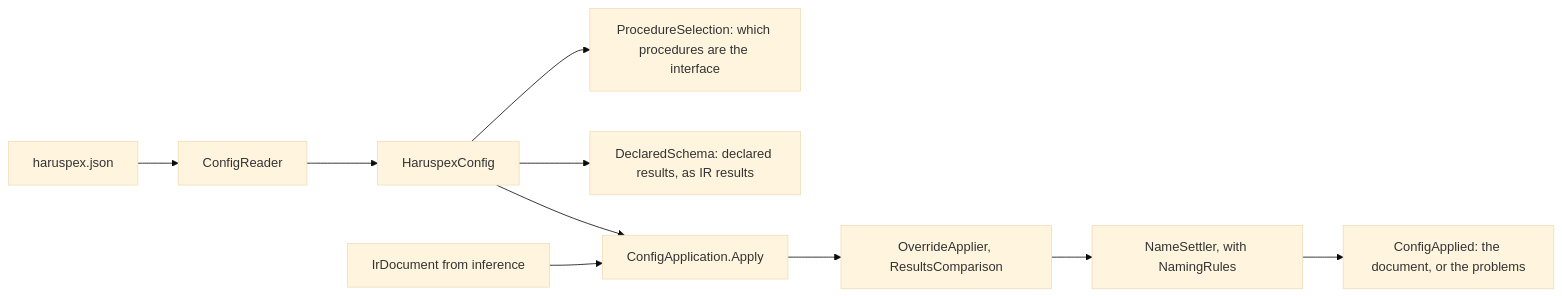
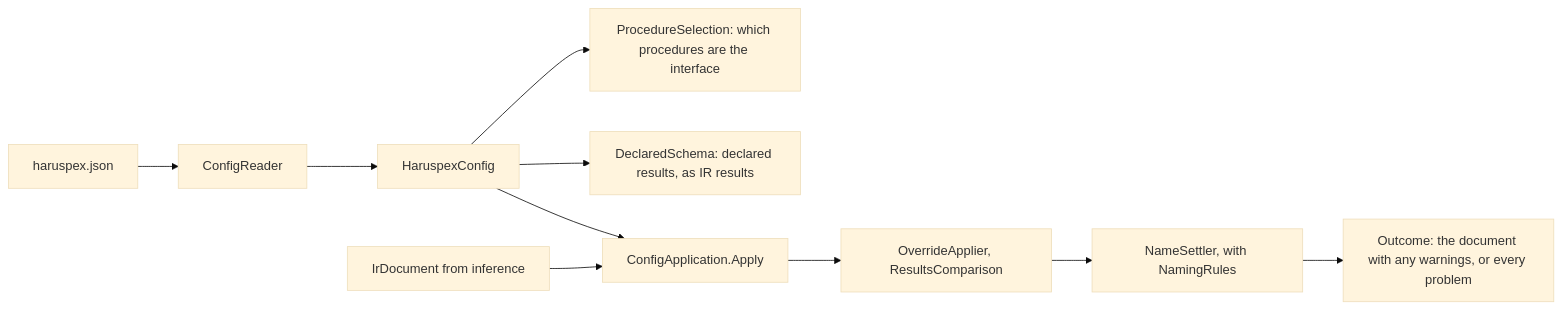
Before and after one commit to haruspex-tools/haruspex: the diagram in src/Haruspex.Config/README.md, drawn with Mermaid (base theme). The commit also changed other lines of this file and 21 other files, not shown here.

````diff
--- a/src/Haruspex.Config/README.md
+++ b/src/Haruspex.Config/README.md
@@ -12,12 +12,12 @@
 ```mermaid
 flowchart LR
     file["haruspex.json"] --> reader["ConfigReader"]
     reader --> config["HaruspexConfig"]
     config --> selection["ProcedureSelection: which procedures are the interface"]
     config --> declared["DeclaredSchema: declared results, as IR results"]
     inferred["IrDocument from inference"] --> apply["ConfigApplication.Apply"]
     config --> apply
     apply --> overrides["OverrideApplier, ResultsComparison"]
     overrides --> names["NameSettler, with NamingRules"]
-    names --> applied["ConfigApplied: the document, or the problems"]
+    names --> applied["Outcome: the document with any warnings, or every problem"]
 ```
````
